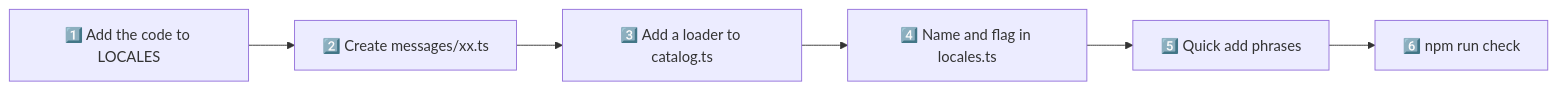
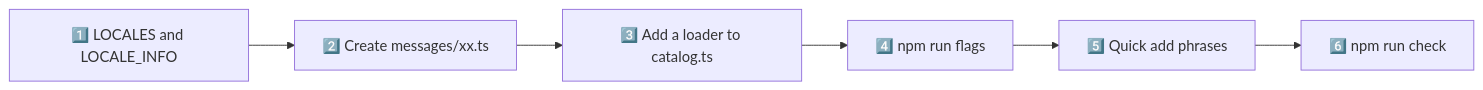
One commit to sacrificed666/react-todo-app changed the third of 3 diagrams in docs/i18n.md. Above: the diagram before and after it, drawn with Mermaid. The commit also changed other lines of this file and 72 other files, not shown here.

````diff
--- a/docs/i18n.md
+++ b/docs/i18n.md
@@ -151,8 +157,8 @@
 ```mermaid
 flowchart LR
-  A["1️⃣ Add the code to LOCALES"] --> B["2️⃣ Create messages/xx.ts"]
+  A["1️⃣ LOCALES and LOCALE_INFO"] --> B["2️⃣ Create messages/xx.ts"]
   B --> C["3️⃣ Add a loader to catalog.ts"]
-  C --> D["4️⃣ Name and flag in locales.ts"]
+  C --> D["4️⃣ npm run flags"]
   D --> E["5️⃣ Quick add phrases"]
   E --> F["6️⃣ npm run check"]
 ```
````
